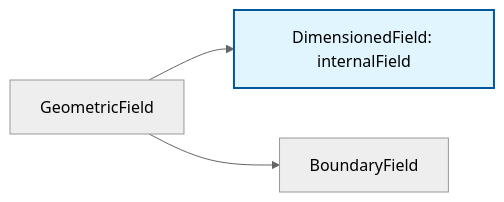
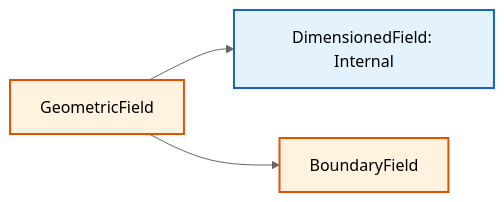
One commit to wramet/build-my-cfd changed the diagram in MODULE_05_OPENFOAM_PROGRAMMING/CONTENT/08_FIELD_TYPES/05_Dimensioned_Fields.md. Above: the diagram before and after it, drawn with Mermaid (neutral theme). The commit also changed 313 other files, not shown here.

Commit message:
Revise all diagram

````diff
--- a/MODULE_05_OPENFOAM_PROGRAMMING/CONTENT/08_FIELD_TYPES/05_Dimensioned_Fields.md
+++ b/MODULE_05_OPENFOAM_PROGRAMMING/CONTENT/08_FIELD_TYPES/05_Dimensioned_Fields.md
@@ -11,7 +11,9 @@
 ```mermaid
 graph LR
-    GF[GeometricField] --> DF[DimensionedField: internalField]
-    GF --> BF[BoundaryField]
-
-    style DF fill:#e1f5fe,stroke:#01579b,stroke-width:2px
+%% Classes
+classDef explicit fill:#fff3e0,stroke:#e65100,stroke-width:2px;
+classDef implicit fill:#e3f2fd,stroke:#1565c0,stroke-width:2px;
+%% Nodes
+GF[GeometricField]:::explicit --> DF[DimensionedField: Internal]:::implicit
+GF --> BF[BoundaryField]:::explicit
 ```
````
